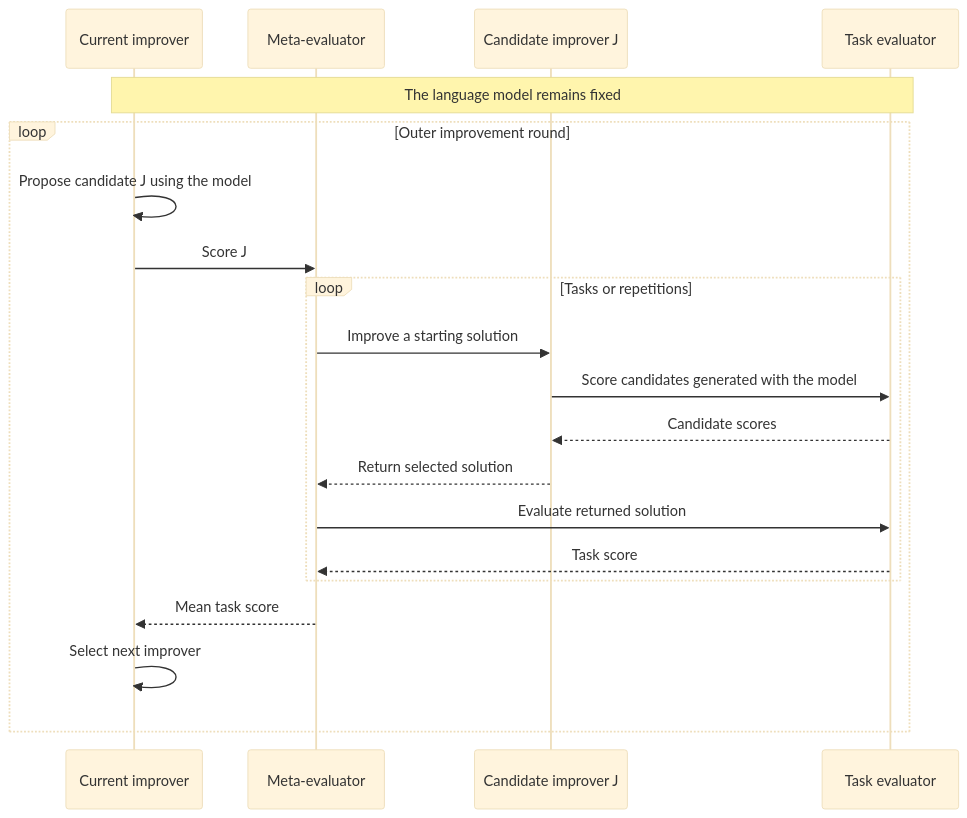
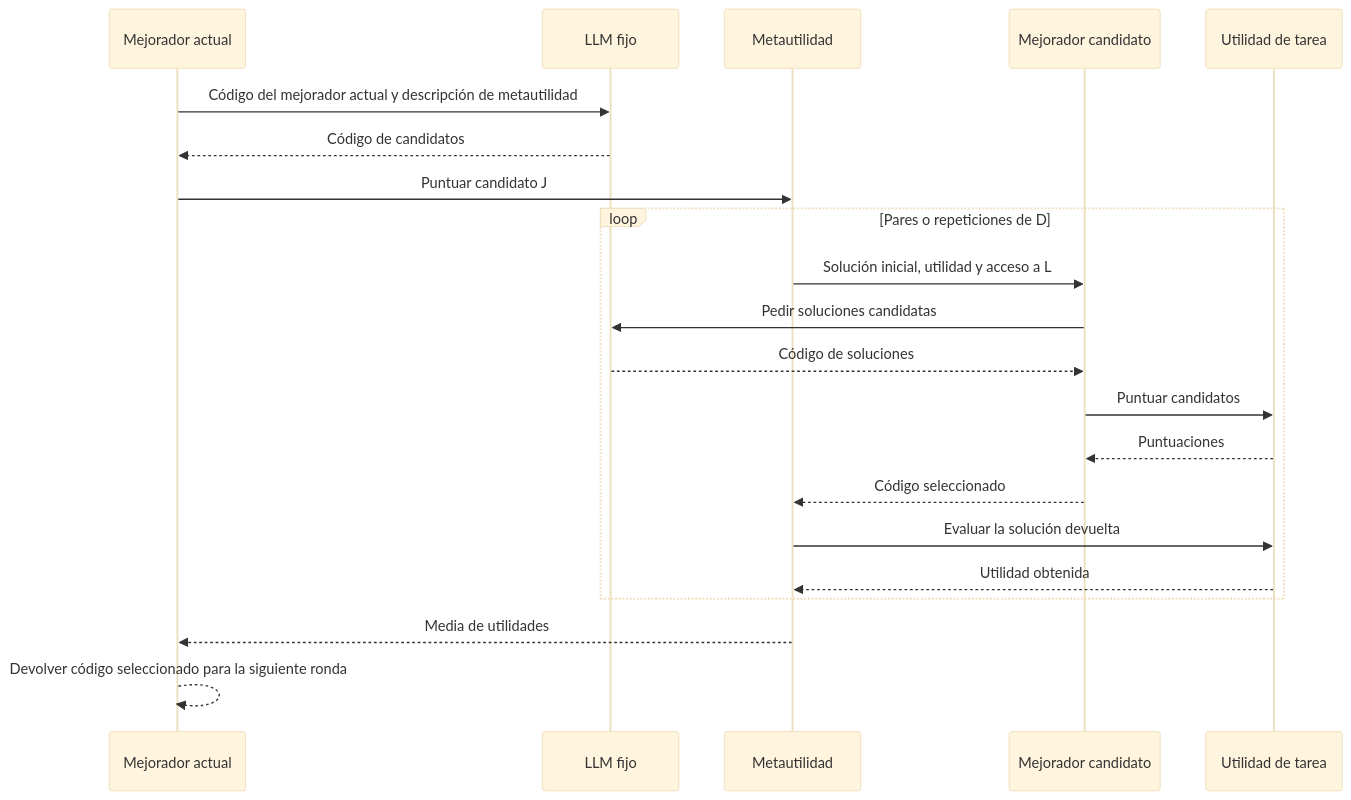
One commit to jairzinhosantos/thinking-harness changed the second of 3 diagrams in research/literature/reviews/pap-0001-stop/README.md. Above: the diagram before and after it, drawn with Mermaid (base theme). The commit also changed other lines of this file and 56 other files, not shown here.

````diff
--- a/research/literature/reviews/pap-0001-stop/README.md
+++ b/research/literature/reviews/pap-0001-stop/README.md
@@ -121,22 +132,23 @@
 ```mermaid
 sequenceDiagram
-    participant O as Current improver
-    participant E as Meta-evaluator
-    participant J as Candidate improver J
-    participant U as Task evaluator
-    Note over O,U: The language model remains fixed
-    loop Outer improvement round
-        O->>O: Propose candidate J using the model
-        O->>E: Score J
-        loop Tasks or repetitions
-            E->>J: Improve a starting solution
-            J->>U: Score candidates generated with the model
-            U-->>J: Candidate scores
-            J-->>E: Return selected solution
-            E->>U: Evaluate returned solution
-            U-->>E: Task score
-        end
-        E-->>O: Mean task score
-        O->>O: Select next improver
+    participant O as Mejorador actual
+    participant L as LLM fijo
+    participant M as Metautilidad
+    participant J as Mejorador candidato
+    participant U as Utilidad de tarea
+    O->>L: Código del mejorador actual y descripción de metautilidad
+    L-->>O: Código de candidatos
+    O->>M: Puntuar candidato J
+    loop Pares o repeticiones de D
+        M->>J: Solución inicial, utilidad y acceso a L
+        J->>L: Pedir soluciones candidatas
+        L-->>J: Código de soluciones
+        J->>U: Puntuar candidatos
+        U-->>J: Puntuaciones
+        J-->>M: Código seleccionado
+        M->>U: Evaluar la solución devuelta
+        U-->>M: Utilidad obtenida
     end
+    M-->>O: Media de utilidades
+    O-->>O: Devolver código seleccionado para la siguiente ronda
 ```
````
